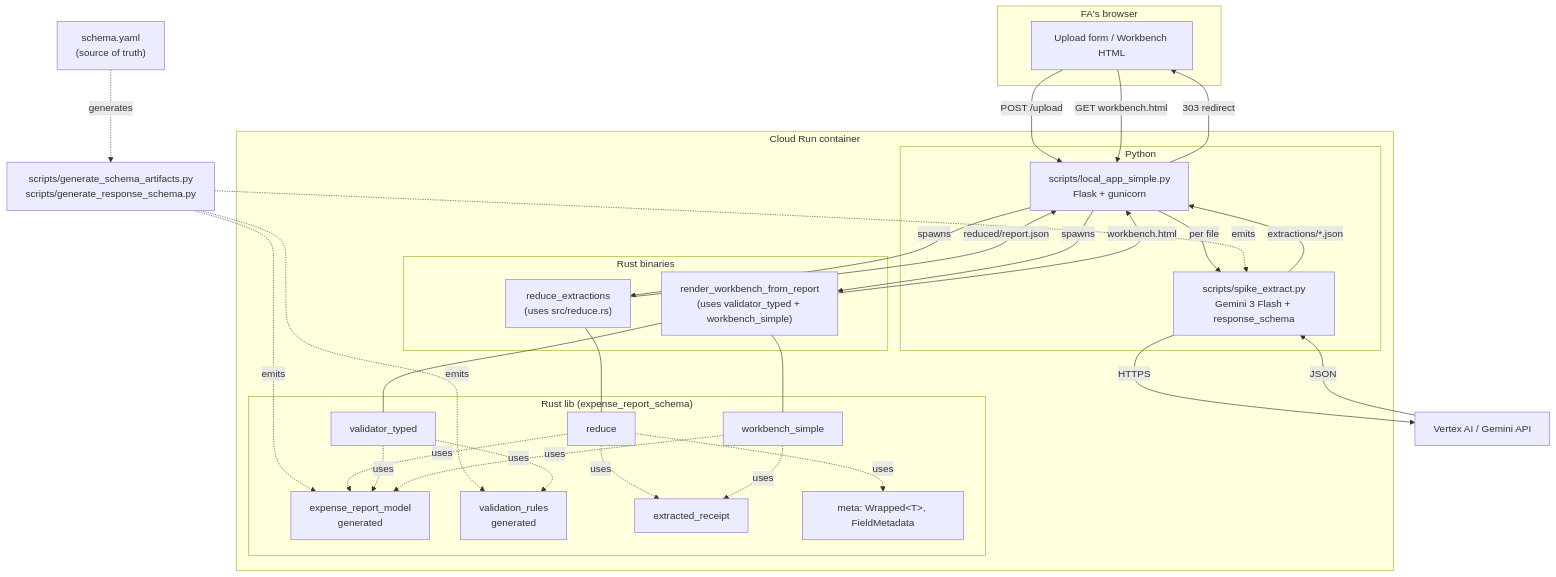
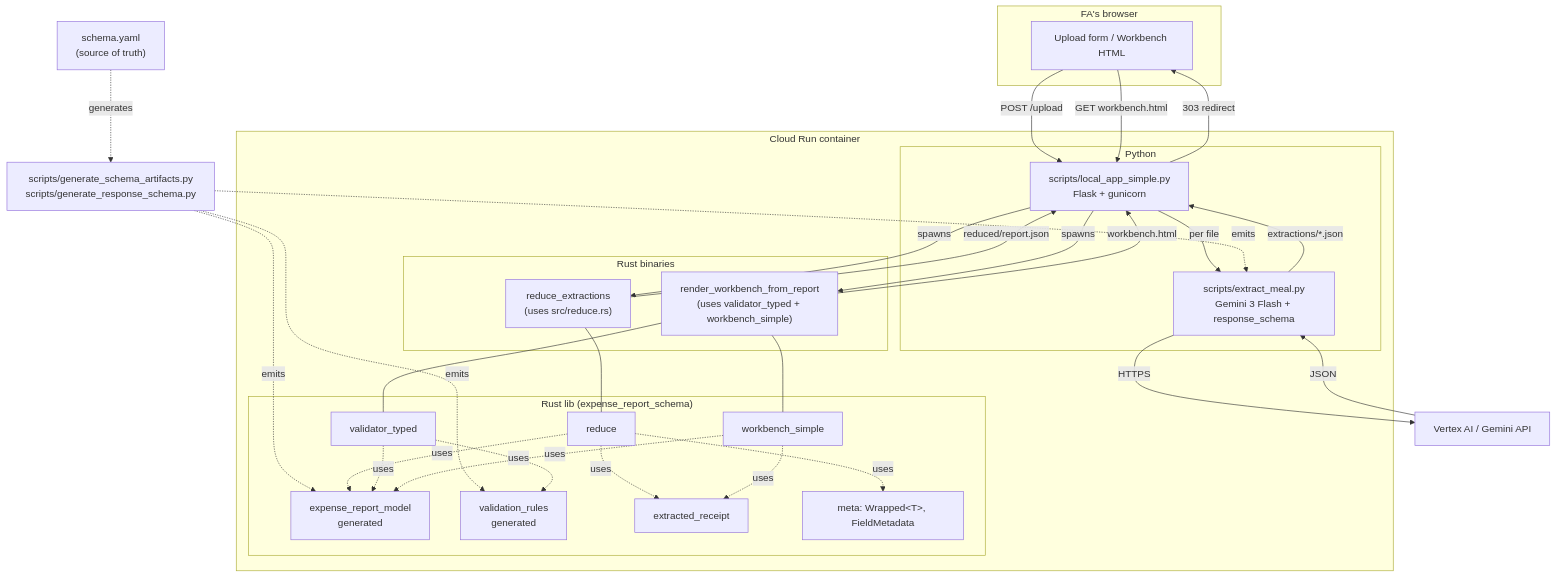
Before and after one commit to aweditya/expense-reports-automation: the first of 5 diagrams in docs/SPEC.md, drawn with Mermaid. The commit also changed other lines of this file and 10 other files, not shown here.

````diff
--- a/docs/SPEC.md
+++ b/docs/SPEC.md
@@ -45,58 +45,58 @@
 ```mermaid
 graph TB
     subgraph FA["FA's browser"]
         UI[Upload form / Workbench HTML]
     end
 
     subgraph CR["Cloud Run container"]
         subgraph Py["Python"]
             Flask["scripts/local_app_simple.py<br/>Flask + gunicorn"]
-            Extract["scripts/spike_extract.py<br/>Gemini 3 Flash + response_schema"]
+            Extract["scripts/extract_meal.py<br/>Gemini 3 Flash + response_schema"]
         end
         subgraph Rust["Rust binaries"]
             Reduce["reduce_extractions<br/>(uses src/reduce.rs)"]
             Render["render_workbench_from_report<br/>(uses validator_typed + workbench_simple)"]
         end
         subgraph Lib["Rust lib (expense_report_schema)"]
             ER[expense_report_model<br/>generated]
             VR[validation_rules<br/>generated]
             ERcpt[extracted_receipt]
             Meta[meta: Wrapped&lt;T&gt;, FieldMetadata]
             Reducer[reduce]
             Vald[validator_typed]
             Wb[workbench_simple]
         end
     end
 
     Vertex["Vertex AI / Gemini API"]
     Schema["schema.yaml<br/>(source of truth)"]
     Codegen["scripts/generate_schema_artifacts.py<br/>scripts/generate_response_schema.py"]
 
     UI -->|POST /upload| Flask
     Flask -->|per file| Extract
     Extract -->|HTTPS| Vertex
     Vertex -->|JSON| Extract
     Extract -->|extractions/*.json| Flask
     Flask -->|spawns| Reduce
     Reduce -->|reduced/report.json| Flask
     Flask -->|spawns| Render
     Render -->|workbench.html| Flask
     Flask -->|303 redirect| UI
     UI -->|GET workbench.html| Flask
 
     Schema -.->|generates| Codegen
     Codegen -.->|emits| ER
     Codegen -.->|emits| VR
     Codegen -.->|emits| Extract
 
     Reduce --- Reducer
     Render --- Vald
     Render --- Wb
     Reducer -.uses.-> ERcpt
     Reducer -.uses.-> ER
     Reducer -.uses.-> Meta
     Vald -.uses.-> ER
     Vald -.uses.-> VR
     Wb -.uses.-> ER
     Wb -.uses.-> ERcpt
 ```
````
